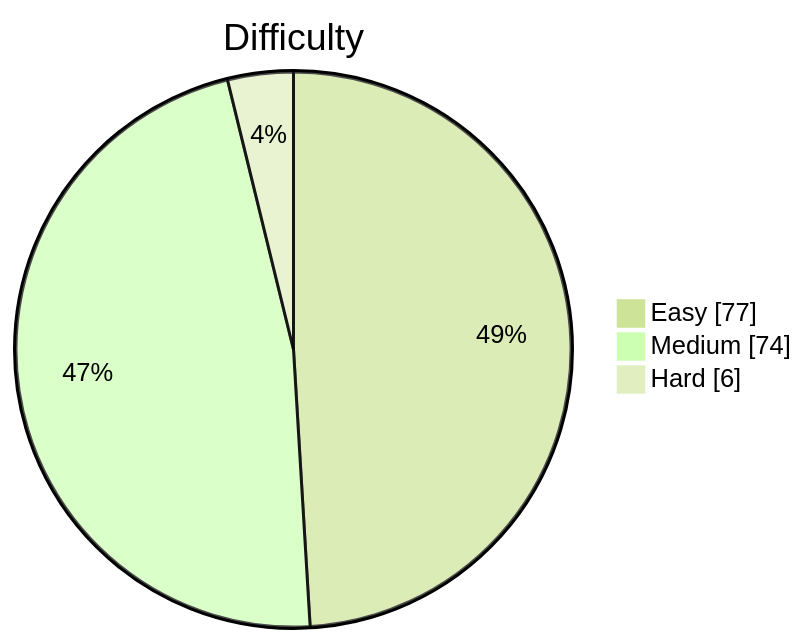
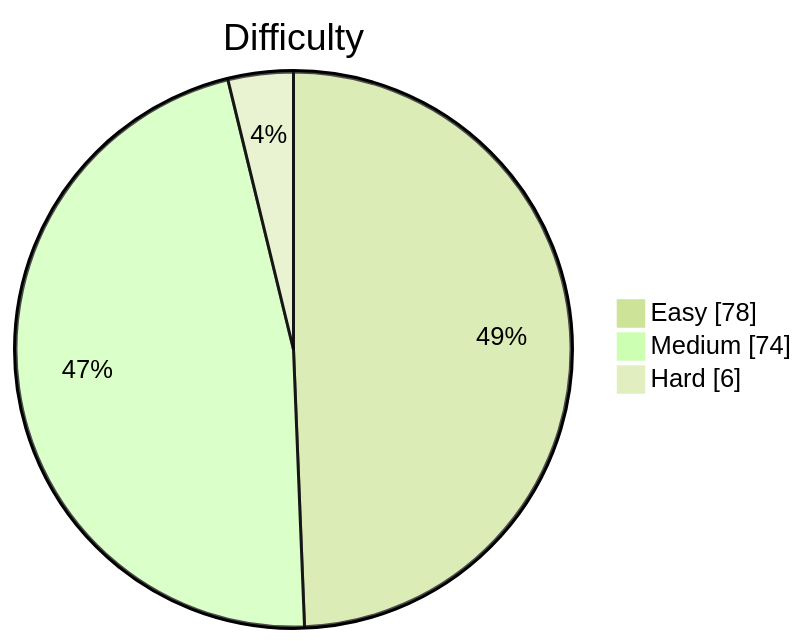
Before and after one commit to kevstevie/python-algo-practice: the diagram in README.md, drawn with Mermaid (forest theme). The commit also changed other lines of this file, not shown here.

Commit message:
docs: update README stats (158 problems)

````diff
--- a/README.md
+++ b/README.md
@@ -13,7 +13,7 @@
 ```mermaid
 pie showData
     title Difficulty
-    "Easy"   : 77
+    "Easy"   : 78
     "Medium" : 74
     "Hard"   : 6
 ```
````
